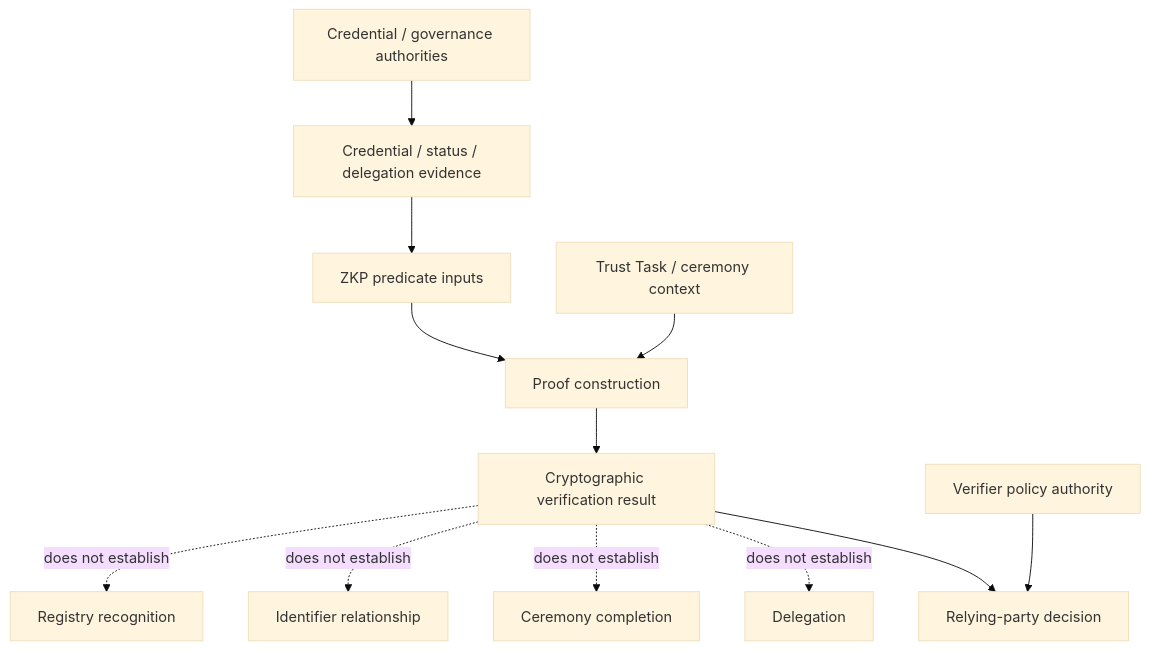
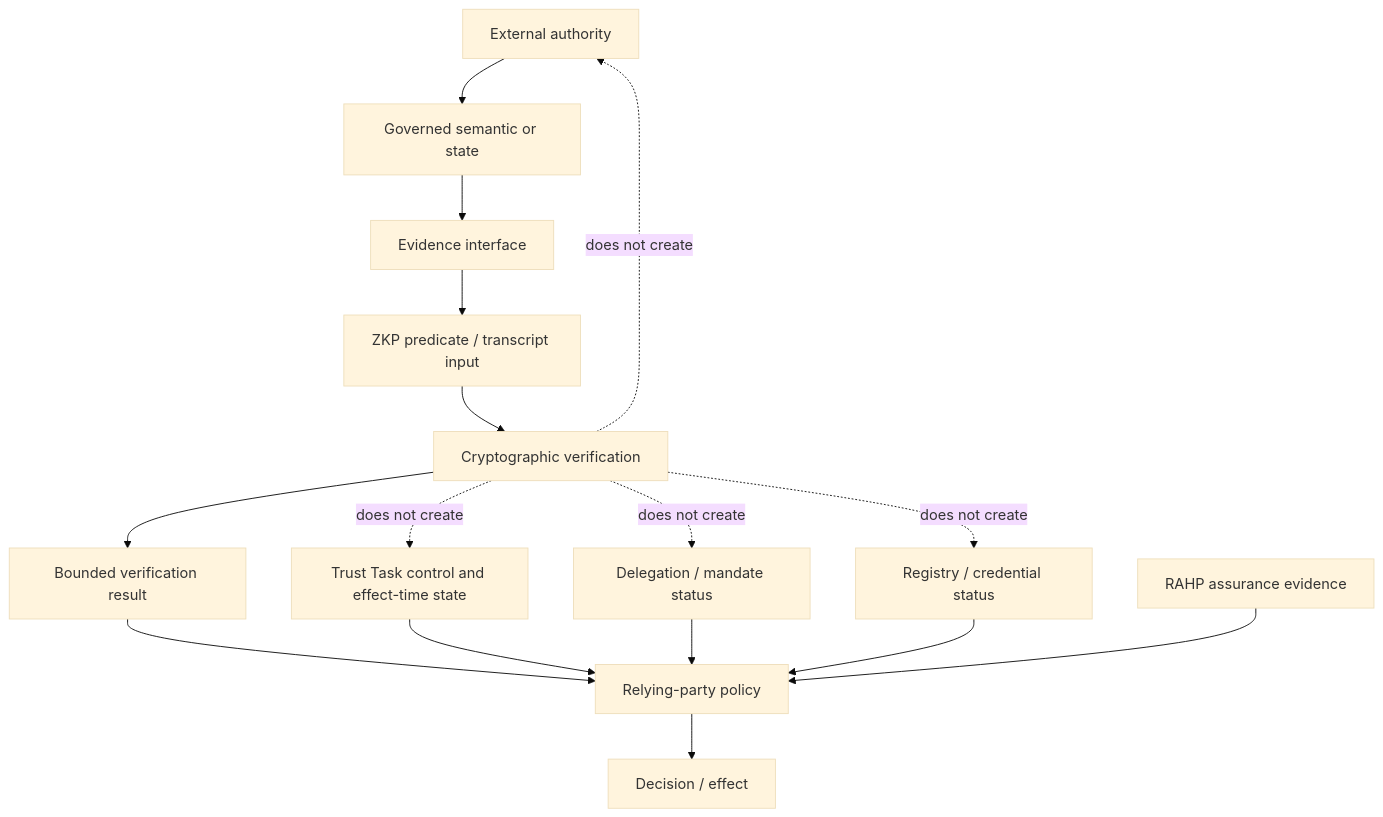
The diagram in docs/implementation-guide/interoperability/authority-and-evidence-boundaries.md (sankarshanmukhopadhyay/dtgwg-zkp-tf), drawn with Mermaid (base theme) before and after one commit. The commit also changed other lines of this file and 33 other files, not shown here.

````diff
--- a/docs/implementation-guide/interoperability/authority-and-evidence-boundaries.md
+++ b/docs/implementation-guide/interoperability/authority-and-evidence-boundaries.md
@@ -11,14 +11,20 @@
 ```mermaid
 flowchart TD
-  C[Credential / status / delegation evidence] --> P[ZKP predicate inputs]
-  P --> Z[Proof construction]
-  Z --> V[Cryptographic verification result]
-  V --> R[Relying-party decision]
-  A[Credential / governance authorities] --> C
-  G[Verifier policy authority] --> R
-  T[Trust Task / ceremony context] --> Z
-  V -. does not establish .-> D[Delegation]
-  V -. does not establish .-> M[Ceremony completion]
-  V -. does not establish .-> I[Identifier relationship]
-  V -. does not establish .-> K[Registry recognition]
+  A[External authority] --> S[Governed semantic or state]
+  S --> E[Evidence interface]
+  E --> P[ZKP predicate / transcript input]
+  P --> Z[Cryptographic verification]
+  Z --> V[Bounded verification result]
+  V --> R[Relying-party policy]
+  R --> X[Decision / effect]
+
+  TT[Trust Task control and effect-time state] --> R
+  D[Delegation / mandate status] --> R
+  RG[Registry / credential status] --> R
+  M[RAHP assurance evidence] --> R
+
+  Z -. does not create .-> D
+  Z -. does not create .-> RG
+  Z -. does not create .-> TT
+  Z -. does not create .-> A
 ```
````
